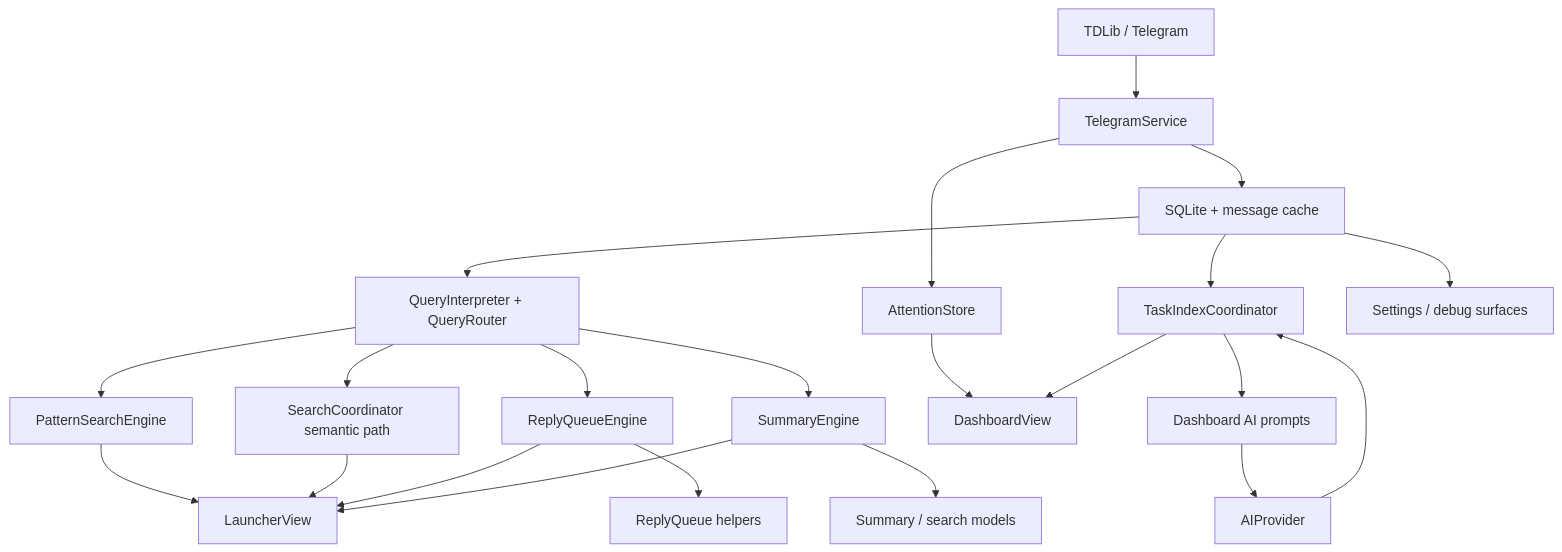
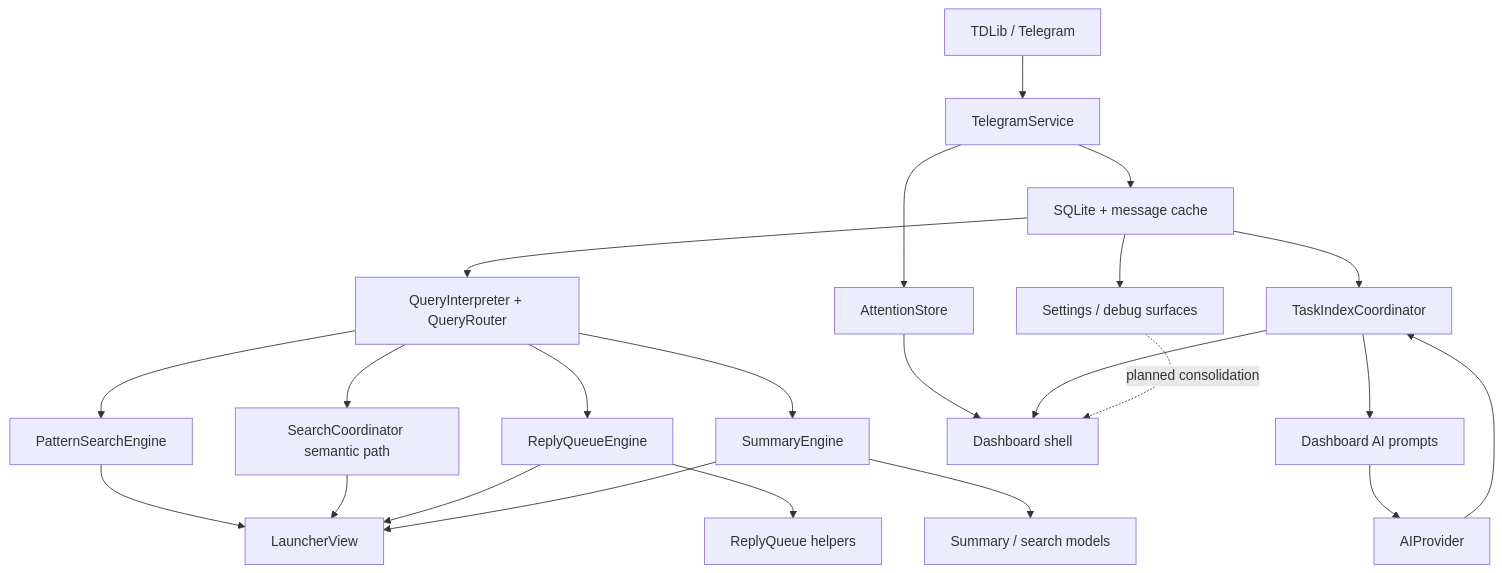
One commit to 0xpratzyy/telegraham changed the first of 2 diagrams in docs/architecture.md. Above: the diagram before and after it, drawn with Mermaid. The commit also changed other lines of this file and 53 other files, not shown here.

````diff
--- a/docs/architecture.md
+++ b/docs/architecture.md
@@ -17,24 +17,25 @@
 ```mermaid
 flowchart TD
     A["TDLib / Telegram"] --> B["TelegramService"]
     B --> C["SQLite + message cache"]
     C --> D["QueryInterpreter + QueryRouter"]
     D --> E["PatternSearchEngine"]
     D --> F["SearchCoordinator semantic path"]
     D --> G["ReplyQueueEngine"]
     D --> H["SummaryEngine"]
     C --> L["TaskIndexCoordinator"]
     B --> M["AttentionStore"]
-    M --> N["DashboardView"]
+    M --> N["Dashboard shell"]
     L --> N
     L --> O["Dashboard AI prompts"]
     O --> P["AIProvider"]
     P --> L
     G --> I["ReplyQueue helpers"]
     H --> I2["Summary / search models"]
     E --> J["LauncherView"]
     F --> J
     G --> J
     H --> J
     C --> K["Settings / debug surfaces"]
+    K -. "planned consolidation" .-> N
 ```
````
